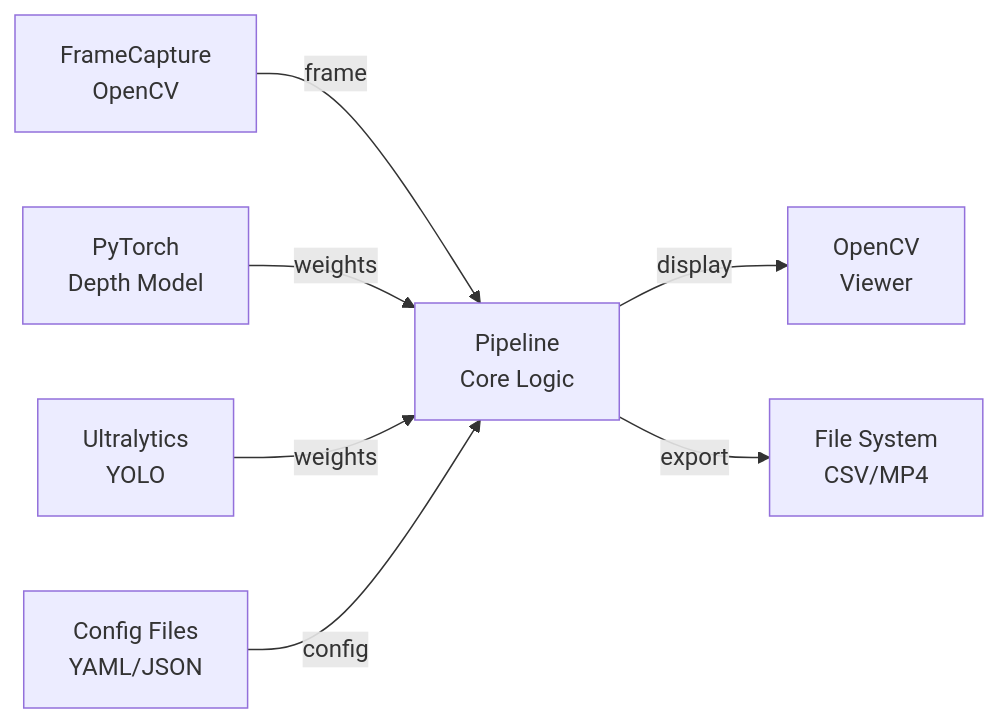
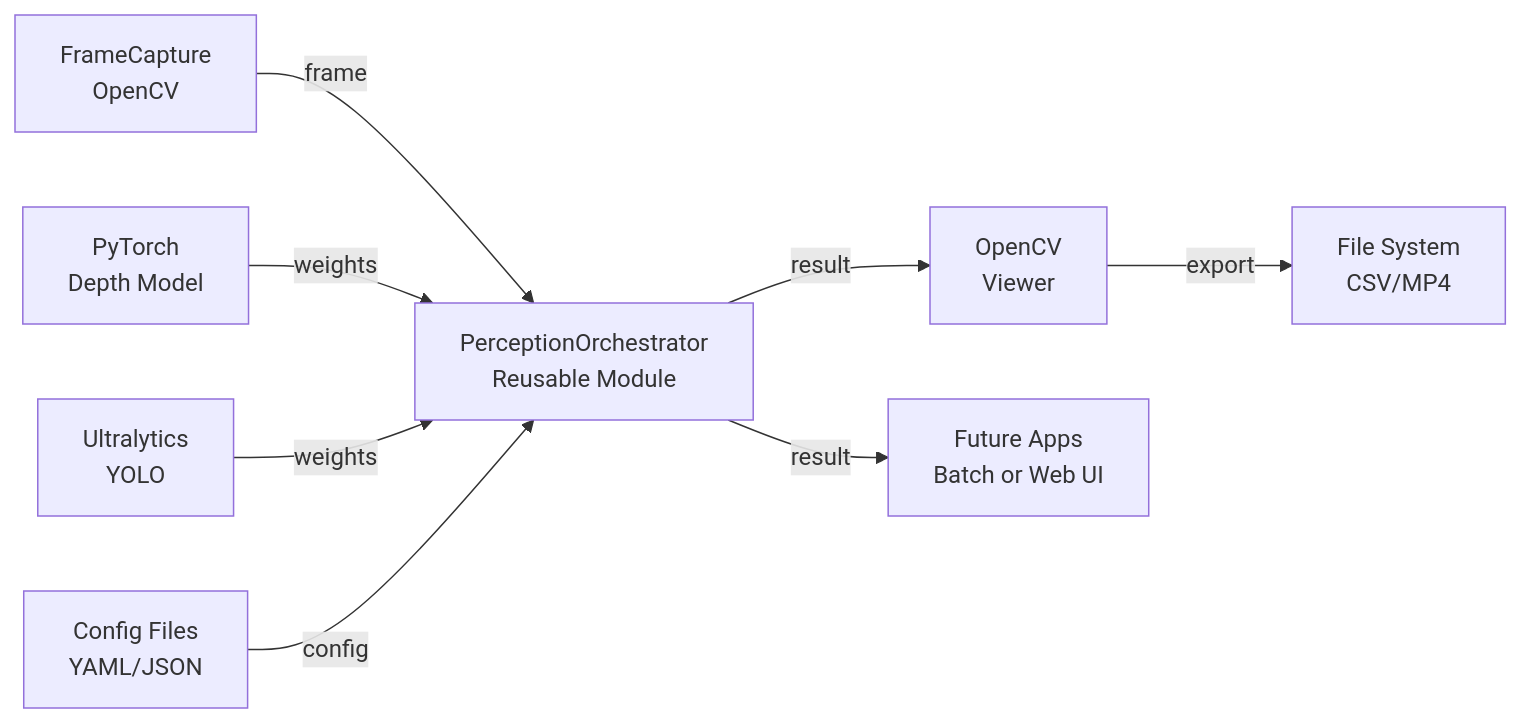
Before and after one commit to vinitsathe23-tech/depth-estimator: the third of 3 diagrams in docs/design/system-architecture.md, drawn with Mermaid. The commit also changed other lines of this file and 7 other files, not shown here.

Commit message:
improve the way frame are processed and make an orchestrator

````diff
--- a/docs/design/system-architecture.md
+++ b/docs/design/system-architecture.md
@@ -270,9 +295,10 @@
 ```mermaid
 graph LR
-    A["FrameCapture<br/>OpenCV"] -->|frame| B["Pipeline<br/>Core Logic"]
+    A["FrameCapture<br/>OpenCV"] -->|frame| B["PerceptionOrchestrator<br/>Reusable Module"]
     C["PyTorch<br/>Depth Model"] -->|weights| B
     D["Ultralytics<br/>YOLO"] -->|weights| B
     E["Config Files<br/>YAML/JSON"] -->|config| B
-    B -->|display| F["OpenCV<br/>Viewer"]
-    B -->|export| G["File System<br/>CSV/MP4"]
+    B -->|result| F["OpenCV<br/>Viewer"]
+    B -->|result| G["Future Apps<br/>Batch or Web UI"]
+    F -->|export| H["File System<br/>CSV/MP4"]
 ```
````
